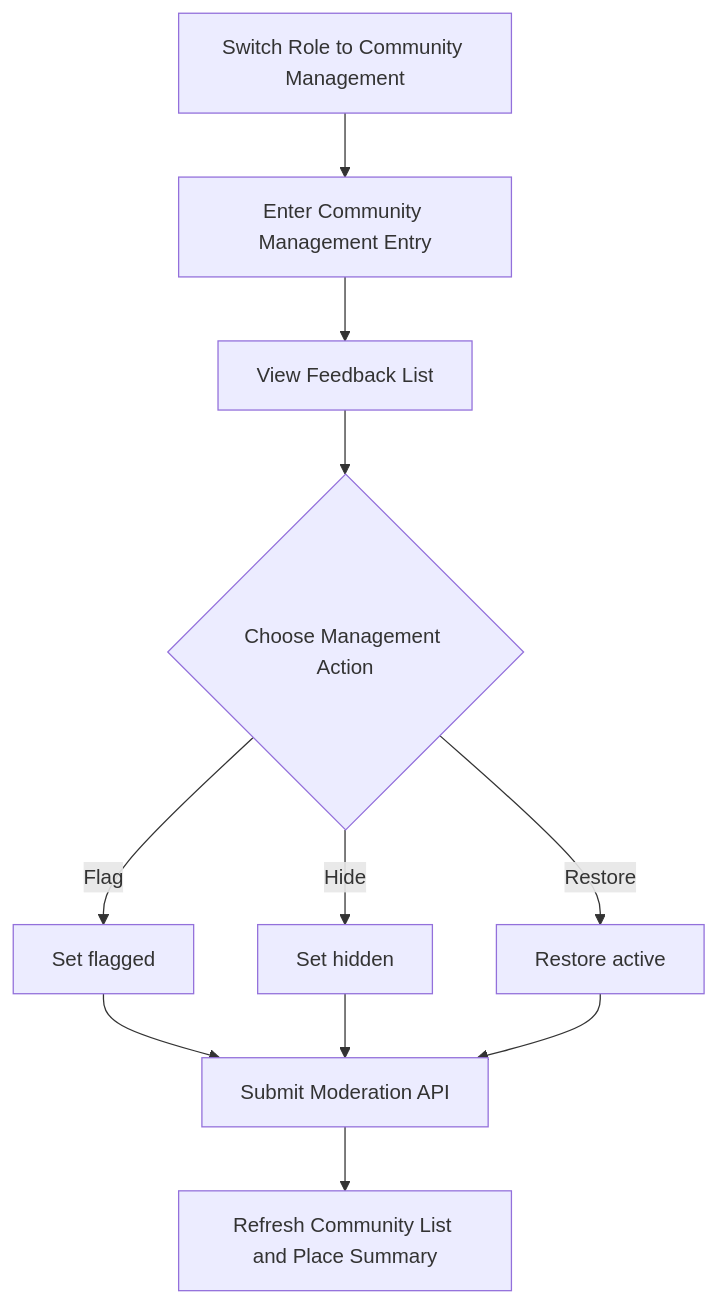
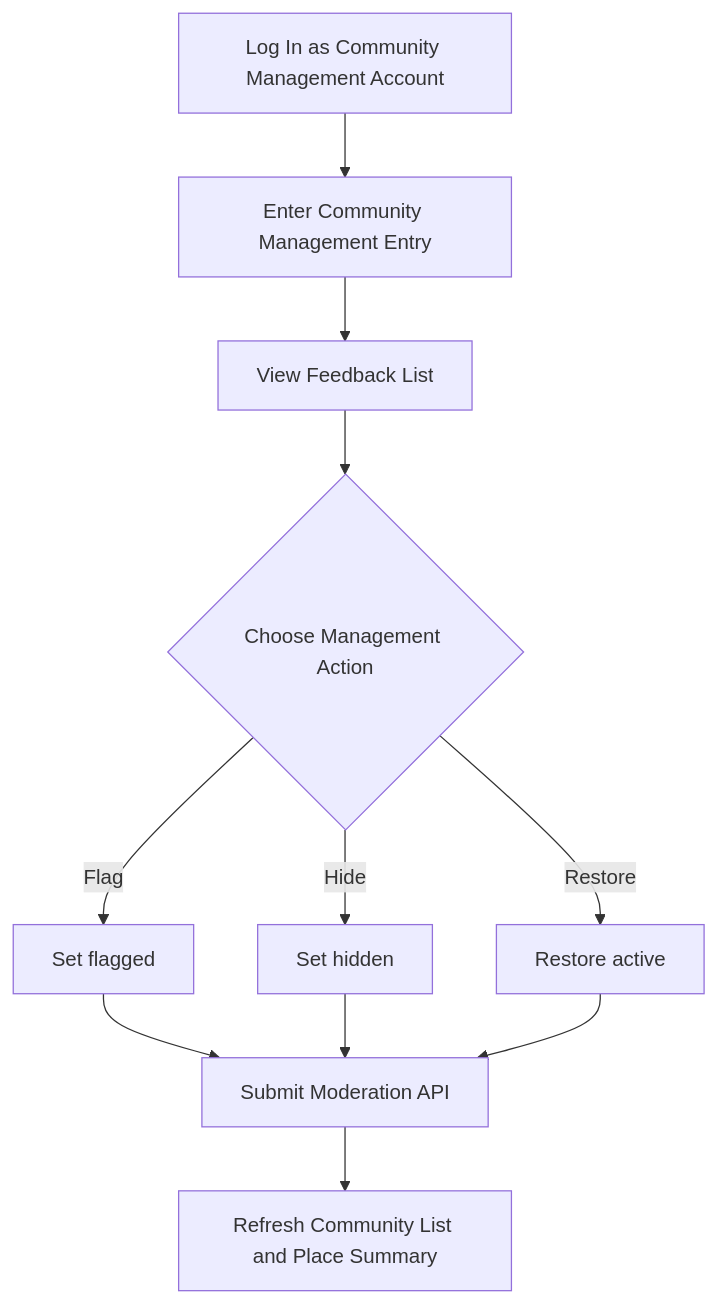
The fourth of 4 diagrams in Luma_Role Features & Workflow Diagram.md (angelyng09/Luma), drawn with Mermaid before and after one commit. The commit also changed other lines of this file and 2 other files, not shown here.

````diff
--- a/Luma_Role Features & Workflow Diagram.md
+++ b/Luma_Role Features & Workflow Diagram.md
@@ -98,13 +98,13 @@
 ```mermaid
 flowchart TD
-    A[Switch Role to Community Management] --> B[Enter Community Management Entry]
+    A[Log In as Community Management Account] --> B[Enter Community Management Entry]
     B --> C[View Feedback List]
     C --> D{Choose Management Action}
     D -- Flag --> E[Set flagged]
     D -- Hide --> F[Set hidden]
     D -- Restore --> G[Restore active]
     E --> H[Submit Moderation API]
     F --> H
     G --> H
     H --> I[Refresh Community List and Place Summary]
 ```
````
